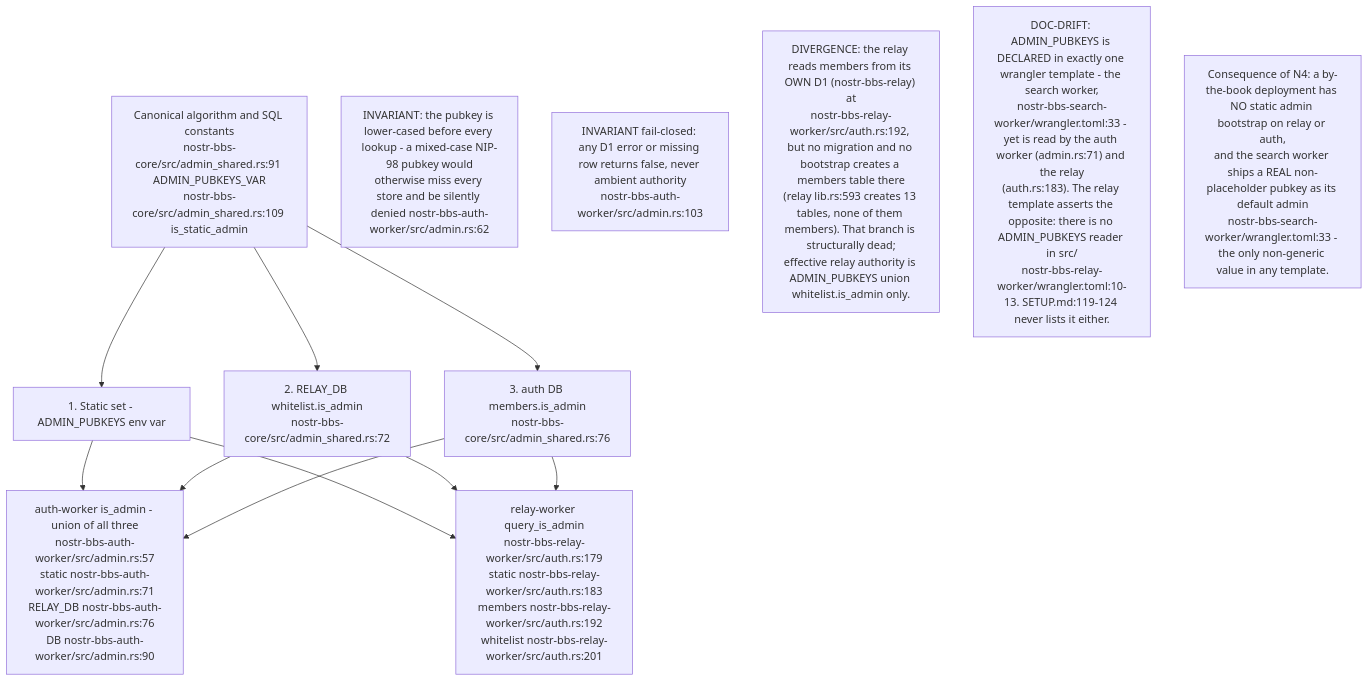
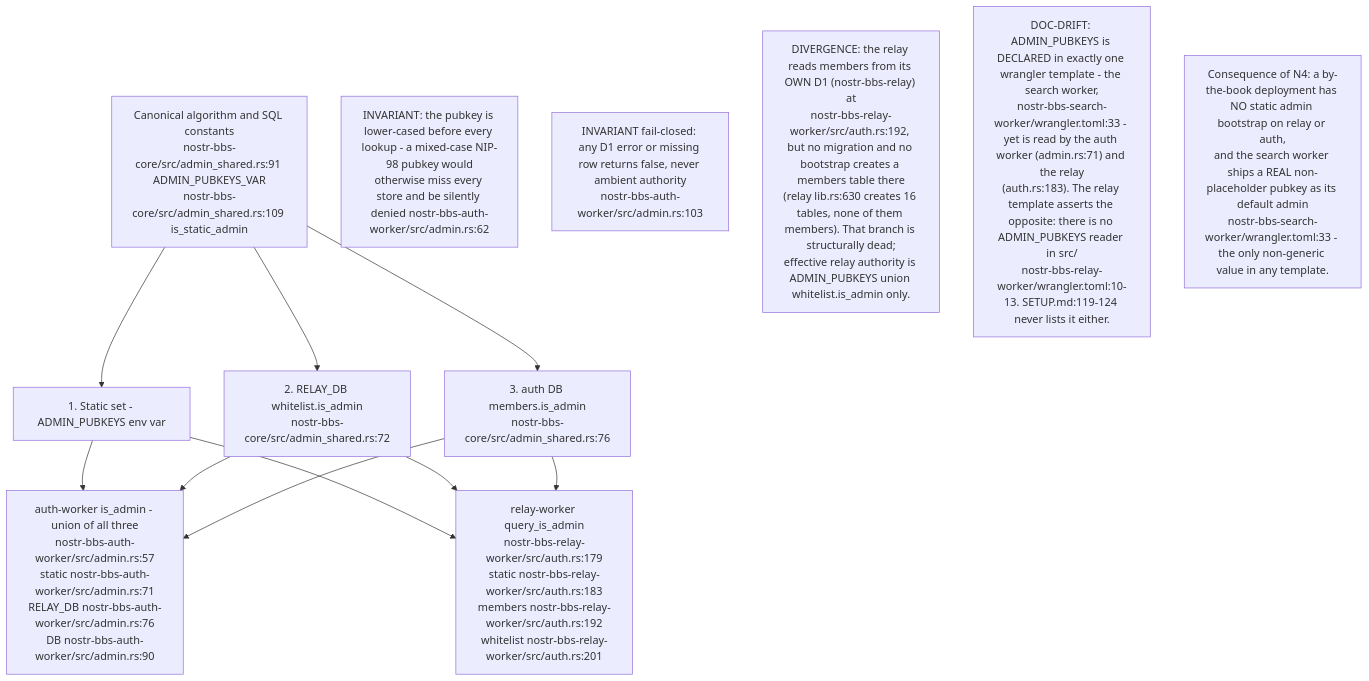
The seventh of 8 diagrams in docs/diagrams/nostr-rust-forum/08-config-zones-stores-and-admin-authority.md (DreamLab-AI/VisionFlow), drawn with Mermaid before and after one commit. The commit also changed other lines of this file and 11 other files, not shown here.

````diff
--- a/docs/diagrams/nostr-rust-forum/08-config-zones-stores-and-admin-authority.md
+++ b/docs/diagrams/nostr-rust-forum/08-config-zones-stores-and-admin-authority.md
@@ -194,19 +197,19 @@
 ```mermaid
 flowchart TB
     CANON["Canonical algorithm and SQL constants<br/>nostr-bbs-core/src/admin_shared.rs:91 ADMIN_PUBKEYS_VAR<br/>nostr-bbs-core/src/admin_shared.rs:109 is_static_admin"]
     S1["1. Static set - ADMIN_PUBKEYS env var"]
     S2["2. RELAY_DB whitelist.is_admin<br/>nostr-bbs-core/src/admin_shared.rs:72"]
     S3["3. auth DB members.is_admin<br/>nostr-bbs-core/src/admin_shared.rs:76"]
     AUTHIS["auth-worker is_admin - union of all three<br/>nostr-bbs-auth-worker/src/admin.rs:57<br/>static nostr-bbs-auth-worker/src/admin.rs:71<br/>RELAY_DB nostr-bbs-auth-worker/src/admin.rs:76<br/>DB nostr-bbs-auth-worker/src/admin.rs:90"]
     RELIS["relay-worker query_is_admin<br/>nostr-bbs-relay-worker/src/auth.rs:179<br/>static nostr-bbs-relay-worker/src/auth.rs:183<br/>members nostr-bbs-relay-worker/src/auth.rs:192<br/>whitelist nostr-bbs-relay-worker/src/auth.rs:201"]
 
     CANON --> S1 & S2 & S3
     S1 & S2 & S3 --> AUTHIS
     S1 & S2 & S3 --> RELIS
 
     N1["INVARIANT: the pubkey is lower-cased before every lookup - a mixed-case NIP-98 pubkey would<br/>otherwise miss every store and be silently denied nostr-bbs-auth-worker/src/admin.rs:62"]
     N2["INVARIANT fail-closed: any D1 error or missing row returns false, never ambient authority<br/>nostr-bbs-auth-worker/src/admin.rs:103"]
-    N3["DIVERGENCE: the relay reads members from its OWN D1 (nostr-bbs-relay) at<br/>nostr-bbs-relay-worker/src/auth.rs:192, but no migration and no bootstrap creates a members table there<br/>(relay lib.rs:593 creates 13 tables, none of them members). That branch is structurally dead;<br/>effective relay authority is ADMIN_PUBKEYS union whitelist.is_admin only."]
+    N3["DIVERGENCE: the relay reads members from its OWN D1 (nostr-bbs-relay) at<br/>nostr-bbs-relay-worker/src/auth.rs:192, but no migration and no bootstrap creates a members table there<br/>(relay lib.rs:630 creates 16 tables, none of them members). That branch is structurally dead;<br/>effective relay authority is ADMIN_PUBKEYS union whitelist.is_admin only."]
     N4["DOC-DRIFT: ADMIN_PUBKEYS is DECLARED in exactly one wrangler template - the search worker,<br/>nostr-bbs-search-worker/wrangler.toml:33 - yet is read by the auth worker (admin.rs:71) and the relay<br/>(auth.rs:183). The relay template asserts the opposite: there is no ADMIN_PUBKEYS reader in src/<br/>nostr-bbs-relay-worker/wrangler.toml:10-13. SETUP.md:119-124 never lists it either."]
     N5["Consequence of N4: a by-the-book deployment has NO static admin bootstrap on relay or auth,<br/>and the search worker ships a REAL non-placeholder pubkey as its default admin<br/>nostr-bbs-search-worker/wrangler.toml:33 - the only non-generic value in any template."]
 ```
````
